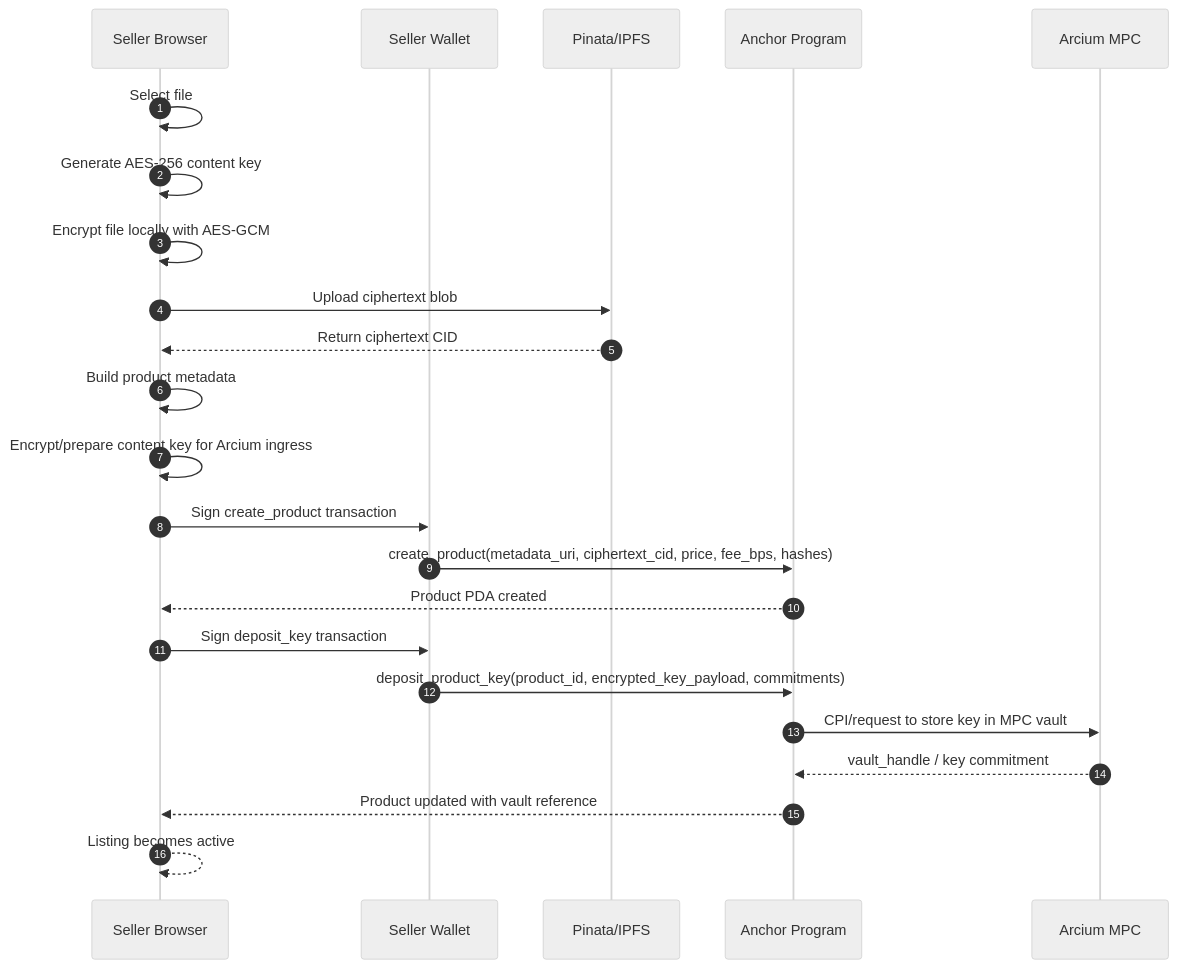
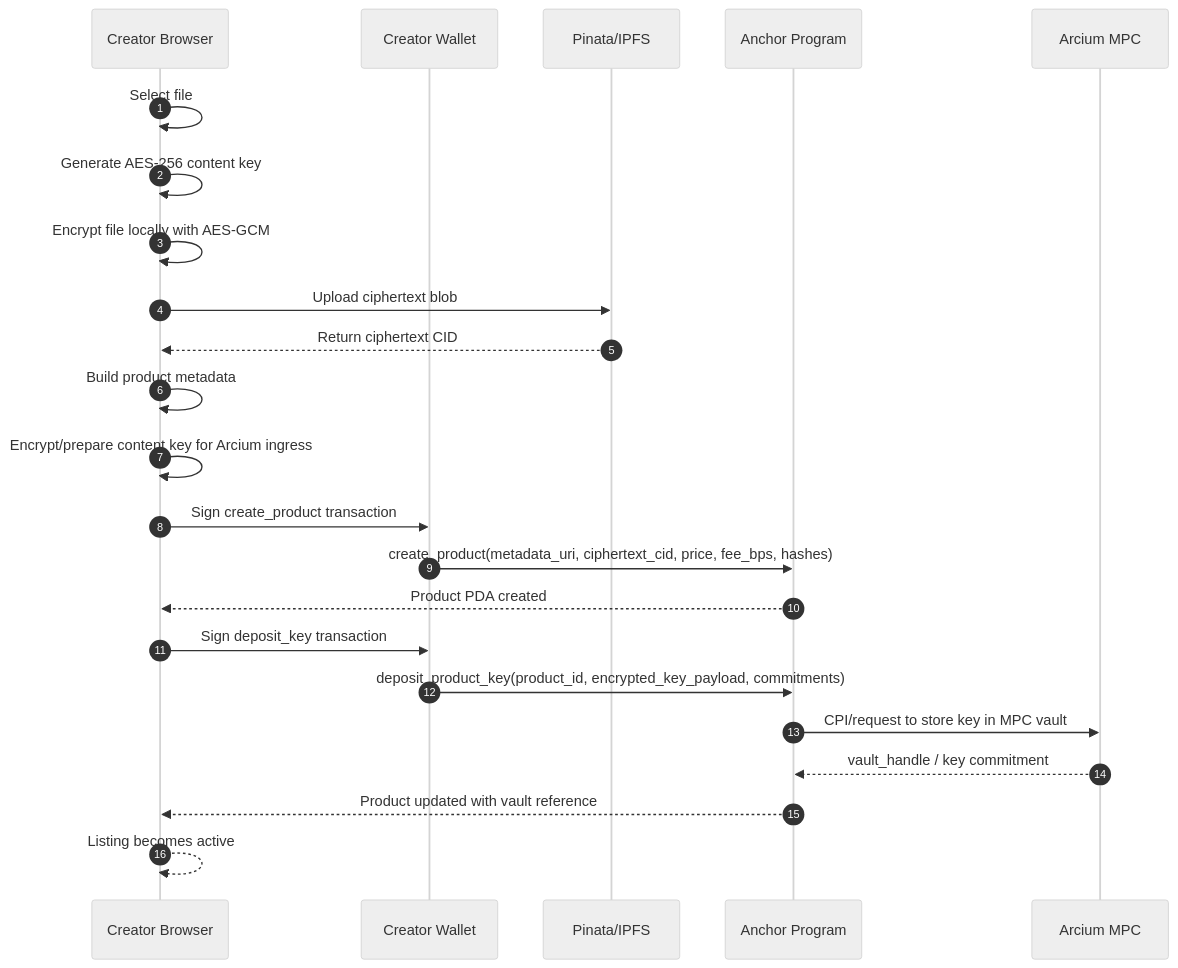
Before and after one commit to E1eng/arxcess: the first of 2 diagrams in system-design.md, drawn with Mermaid (neutral theme). The commit also changed other lines of this file and 1 other file, not shown here.

````diff
--- a/system-design.md
+++ b/system-design.md
@@ -215,30 +189,30 @@
 ```mermaid
 sequenceDiagram
     autonumber
-    participant Seller as Seller Browser
-    participant Wallet as Seller Wallet
+    participant Creator as Creator Browser
+    participant Wallet as Creator Wallet
     participant IPFS as Pinata/IPFS
     participant Program as Anchor Program
     participant Arcium as Arcium MPC
 
-    Seller->>Seller: Select file
-    Seller->>Seller: Generate AES-256 content key
-    Seller->>Seller: Encrypt file locally with AES-GCM
-    Seller->>IPFS: Upload ciphertext blob
-    IPFS-->>Seller: Return ciphertext CID
+    Creator->>Creator: Select file
+    Creator->>Creator: Generate AES-256 content key
+    Creator->>Creator: Encrypt file locally with AES-GCM
+    Creator->>IPFS: Upload ciphertext blob
+    IPFS-->>Creator: Return ciphertext CID
 
-    Seller->>Seller: Build product metadata
-    Seller->>Seller: Encrypt/prepare content key for Arcium ingress
-    Seller->>Wallet: Sign create_product transaction
+    Creator->>Creator: Build product metadata
+    Creator->>Creator: Encrypt/prepare content key for Arcium ingress
+    Creator->>Wallet: Sign create_product transaction
     Wallet->>Program: create_product(metadata_uri, ciphertext_cid, price, fee_bps, hashes)
 
-    Program-->>Seller: Product PDA created
+    Program-->>Creator: Product PDA created
 
-    Seller->>Wallet: Sign deposit_key transaction
+    Creator->>Wallet: Sign deposit_key transaction
     Wallet->>Program: deposit_product_key(product_id, encrypted_key_payload, commitments)
     Program->>Arcium: CPI/request to store key in MPC vault
     Arcium-->>Program: vault_handle / key commitment
-    Program-->>Seller: Product updated with vault reference
+    Program-->>Creator: Product updated with vault reference
 
-    Seller-->>Seller: Listing becomes active
+    Creator-->>Creator: Listing becomes active
 ```
````
